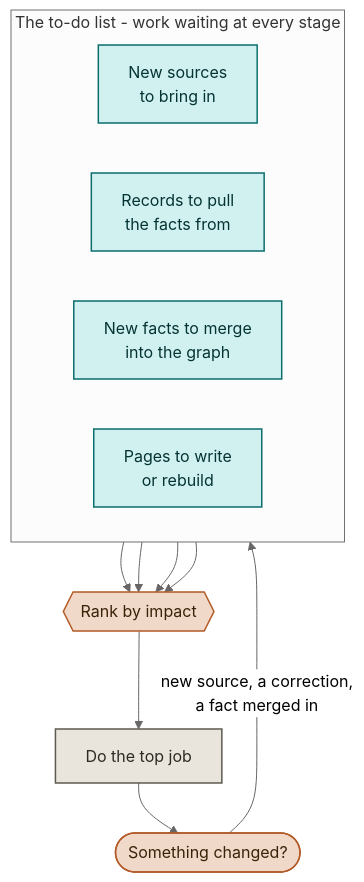
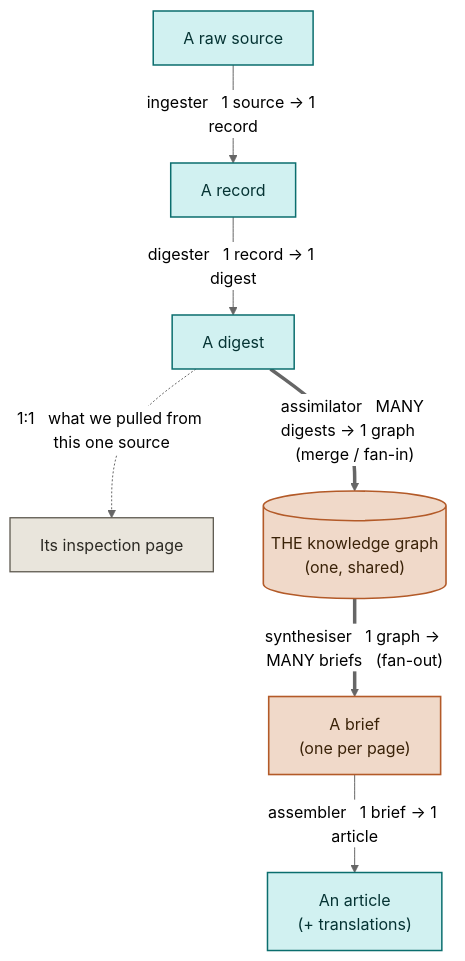
The diagram in assets/architecture/scheduling.mmd (anomalica/site), drawn with Mermaid (neutral theme) before and after one commit. The commit also changed 4 other files, not shown here.

First line of the commit message:
feat(architecture): cardinality on data-flow edges; concrete asset-spine scheduling tab

```diff
--- a/assets/architecture/scheduling.mmd
+++ b/assets/architecture/scheduling.mmd
@@ -1,32 +1,27 @@
 flowchart TB
-  classDef queue fill:#D1F1F1,stroke:#0B6E6E,stroke-width:1.5px,color:#053333;
-  classDef decide fill:#F0D9C9,stroke:#B35A28,stroke-width:1.5px,color:#3a2208;
-  classDef act fill:#E9E5DC,stroke:#5E5A50,stroke-width:1.5px,color:#2c2a24;
+  classDef asset fill:#D1F1F1,stroke:#0B6E6E,stroke-width:1.5px,color:#053333;
+  classDef hub fill:#F0D9C9,stroke:#B35A28,stroke-width:1.6px,color:#3a2208;
+  classDef branch fill:#E9E5DC,stroke:#5E5A50,stroke-width:1.3px,color:#2c2a24;
 
-  subgraph QUEUE["The to-do list - work waiting at every stage"]
-    direction LR
-    ingest["New sources<br/>to bring in"]:::queue
-    digest["Records to pull<br/>the facts from"]:::queue
-    assimilate["New facts to merge<br/>into the graph"]:::queue
-    assemble["Pages to write<br/>or rebuild"]:::queue
-  end
+  source["A raw source"]:::asset
+  record["A record"]:::asset
+  digest["A digest"]:::asset
+  inspection["Its inspection page"]:::branch
+  kgraph[("THE knowledge graph<br/>(one, shared)")]:::hub
+  brief["A brief<br/>(one per page)"]:::hub
+  article["An article<br/>(+ translations)"]:::asset
 
-  rank{{"Rank by impact"}}:::decide
-  do["Do the top job"]:::act
-  change(["Something changed?"]):::decide
+  source -->|"ingester &nbsp; 1 source -> 1 record"| record
+  record -->|"digester &nbsp; 1 record -> 1 digest"| digest
+  digest -.->|"1:1 &nbsp; what we pulled from this one source"| inspection
+  digest ==>|"assimilator &nbsp; MANY digests -> 1 graph &nbsp; (merge / fan-in)"| kgraph
+  kgraph ==>|"synthesiser &nbsp; 1 graph -> MANY briefs &nbsp; (fan-out)"| brief
+  brief -->|"assembler &nbsp; 1 brief -> 1 article"| article
 
-  ingest --> rank
-  digest --> rank
-  assimilate --> rank
-  assemble --> rank
-  rank --> do
-  do --> change
-  change -->|"new source, a correction,<br/>a fact merged in"| QUEUE
-
-  click ingest schedClick
+  click source schedClick
+  click record schedClick
   click digest schedClick
-  click assimilate schedClick
-  click assemble schedClick
-  click rank schedClick
-  click do schedClick
-  click change schedClick
+  click inspection schedClick
+  click kgraph schedClick
+  click brief schedClick
+  click article schedClick
```
